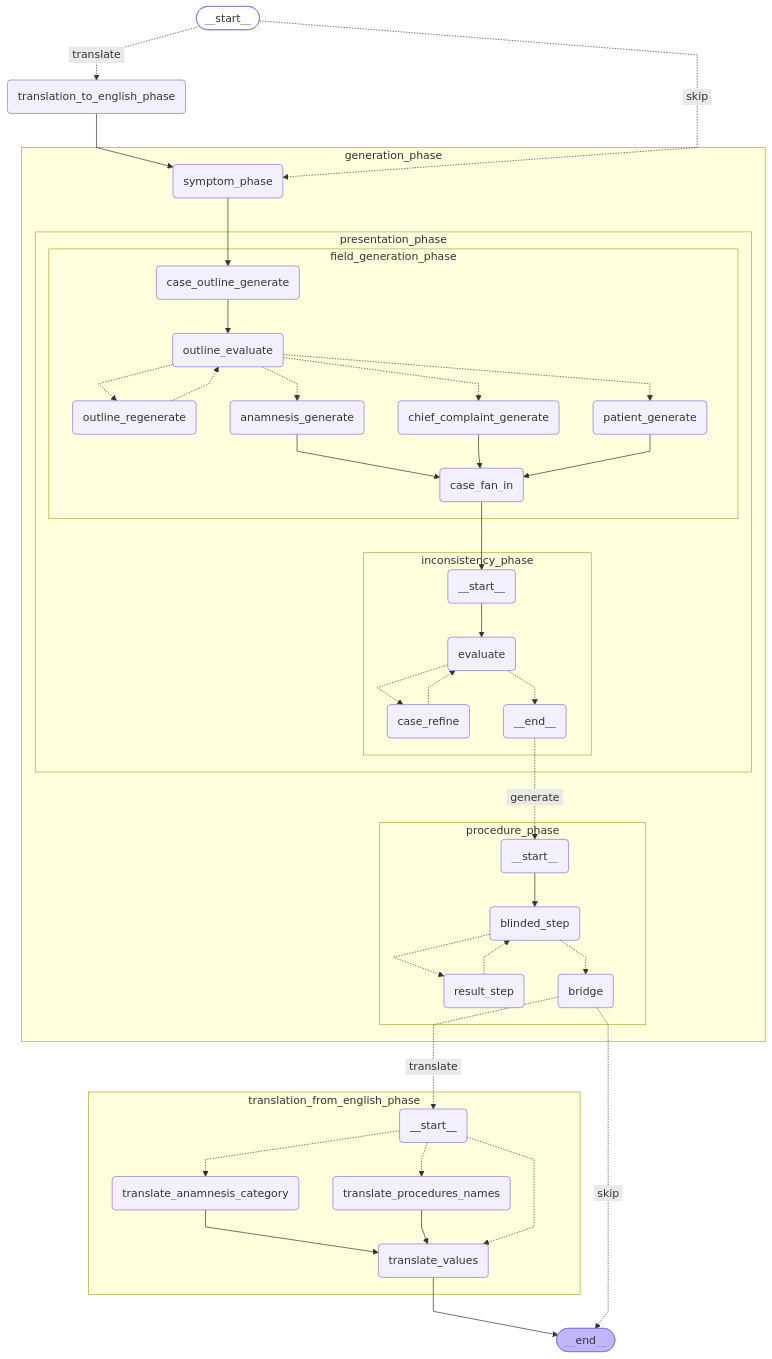
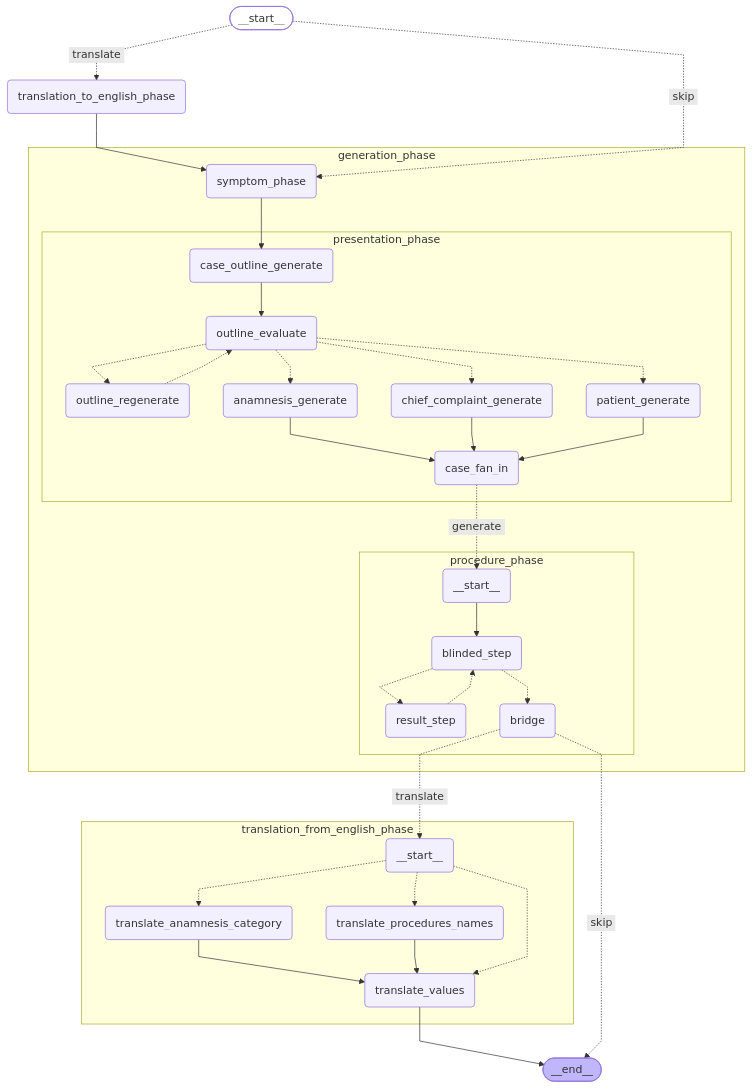
Before and after one commit to janthoXO/AetioMed: the diagram in docs/case-graph.mmd, drawn with Mermaid. The commit also changed 22 other files, not shown here.

```diff
--- a/docs/case-graph.mmd
+++ b/docs/case-graph.mmd
@@ -1,71 +1,58 @@
 %%{init: {'flowchart': {'curve': 'linear'}}}%%
 graph TD;
 	__start__([<p>__start__</p>]):::first
 	translation_to_english_phase(translation_to_english_phase)
 	generation_phase_symptom_phase(symptom_phase)
-	generation_phase_presentation_phase_field_generation_phase_case_outline_generate(case_outline_generate)
-	generation_phase_presentation_phase_field_generation_phase_outline_evaluate(outline_evaluate)
-	generation_phase_presentation_phase_field_generation_phase_outline_regenerate(outline_regenerate)
-	generation_phase_presentation_phase_field_generation_phase_patient_generate(patient_generate)
-	generation_phase_presentation_phase_field_generation_phase_chief_complaint_generate(chief_complaint_generate)
-	generation_phase_presentation_phase_field_generation_phase_anamnesis_generate(anamnesis_generate)
-	generation_phase_presentation_phase_field_generation_phase_case_fan_in(case_fan_in)
-	generation_phase_presentation_phase_inconsistency_phase___start__(<p>__start__</p>)
-	generation_phase_presentation_phase_inconsistency_phase_evaluate(evaluate)
-	generation_phase_presentation_phase_inconsistency_phase_case_refine(case_refine)
-	generation_phase_presentation_phase_inconsistency_phase___end__(<p>__end__</p>)
+	generation_phase_presentation_phase_case_outline_generate(case_outline_generate)
+	generation_phase_presentation_phase_outline_evaluate(outline_evaluate)
+	generation_phase_presentation_phase_outline_regenerate(outline_regenerate)
+	generation_phase_presentation_phase_patient_generate(patient_generate)
+	generation_phase_presentation_phase_chief_complaint_generate(chief_complaint_generate)
+	generation_phase_presentation_phase_anamnesis_generate(anamnesis_generate)
+	generation_phase_presentation_phase_case_fan_in(case_fan_in)
 	generation_phase_procedure_phase___start__(<p>__start__</p>)
 	generation_phase_procedure_phase_blinded_step(blinded_step)
 	generation_phase_procedure_phase_result_step(result_step)
 	generation_phase_procedure_phase_bridge(bridge)
 	translation_from_english_phase___start__(<p>__start__</p>)
 	translation_from_english_phase_translate_anamnesis_category(translate_anamnesis_category)
 	translation_from_english_phase_translate_procedures_names(translate_procedures_names)
 	translation_from_english_phase_translate_values(translate_values)
 	__end__([<p>__end__</p>]):::last
 	translation_from_english_phase_translate_values --> __end__;
 	translation_to_english_phase --> generation_phase_symptom_phase;
 	__start__ -. &nbsp;translate&nbsp; .-> translation_to_english_phase;
 	__start__ -. &nbsp;skip&nbsp; .-> generation_phase_symptom_phase;
 	generation_phase_procedure_phase_bridge -. &nbsp;translate&nbsp; .-> translation_from_english_phase___start__;
 	generation_phase_procedure_phase_bridge -. &nbsp;skip&nbsp; .-> __end__;
 	subgraph generation_phase
 	subgraph presentation_phase
-	subgraph field_generation_phase
-	generation_phase_presentation_phase_field_generation_phase_anamnesis_generate --> generation_phase_presentation_phase_field_generation_phase_case_fan_in;
-	generation_phase_presentation_phase_field_generation_phase_case_outline_generate --> generation_phase_presentation_phase_field_generation_phase_outline_evaluate;
-	generation_phase_presentation_phase_field_generation_phase_chief_complaint_generate --> generation_phase_presentation_phase_field_generation_phase_case_fan_in;
-	generation_phase_presentation_phase_field_generation_phase_patient_generate --> generation_phase_presentation_phase_field_generation_phase_case_fan_in;
-	generation_phase_presentation_phase_field_generation_phase_outline_evaluate -.-> generation_phase_presentation_phase_field_generation_phase_outline_regenerate;
-	generation_phase_presentation_phase_field_generation_phase_outline_evaluate -.-> generation_phase_presentation_phase_field_generation_phase_patient_generate;
-	generation_phase_presentation_phase_field_generation_phase_outline_evaluate -.-> generation_phase_presentation_phase_field_generation_phase_chief_complaint_generate;
-	generation_phase_presentation_phase_field_generation_phase_outline_evaluate -.-> generation_phase_presentation_phase_field_generation_phase_anamnesis_generate;
-	generation_phase_presentation_phase_field_generation_phase_outline_regenerate -.-> generation_phase_presentation_phase_field_generation_phase_outline_evaluate;
-	end
-	subgraph inconsistency_phase
-	generation_phase_presentation_phase_inconsistency_phase___start__ --> generation_phase_presentation_phase_inconsistency_phase_evaluate;
-	generation_phase_presentation_phase_inconsistency_phase_evaluate -.-> generation_phase_presentation_phase_inconsistency_phase_case_refine;
-	generation_phase_presentation_phase_inconsistency_phase_evaluate -.-> generation_phase_presentation_phase_inconsistency_phase___end__;
-	generation_phase_presentation_phase_inconsistency_phase_case_refine -.-> generation_phase_presentation_phase_inconsistency_phase_evaluate;
-	end
-	generation_phase_presentation_phase_field_generation_phase_case_fan_in --> generation_phase_presentation_phase_inconsistency_phase___start__;
+	generation_phase_presentation_phase_anamnesis_generate --> generation_phase_presentation_phase_case_fan_in;
+	generation_phase_presentation_phase_case_outline_generate --> generation_phase_presentation_phase_outline_evaluate;
+	generation_phase_presentation_phase_chief_complaint_generate --> generation_phase_presentation_phase_case_fan_in;
+	generation_phase_presentation_phase_patient_generate --> generation_phase_presentation_phase_case_fan_in;
+	generation_phase_presentation_phase_outline_evaluate -.-> generation_phase_presentation_phase_outline_regenerate;
+	generation_phase_presentation_phase_outline_evaluate -.-> generation_phase_presentation_phase_patient_generate;
+	generation_phase_presentation_phase_outline_evaluate -.-> generation_phase_presentation_phase_chief_complaint_generate;
+	generation_phase_presentation_phase_outline_evaluate -.-> generation_phase_presentation_phase_anamnesis_generate;
+	generation_phase_presentation_phase_outline_regenerate -.-> generation_phase_presentation_phase_outline_evaluate;
 	end
 	subgraph procedure_phase
 	generation_phase_procedure_phase___start__ --> generation_phase_procedure_phase_blinded_step;
 	generation_phase_procedure_phase_blinded_step -.-> generation_phase_procedure_phase_result_step;
 	generation_phase_procedure_phase_blinded_step -.-> generation_phase_procedure_phase_bridge;
 	generation_phase_procedure_phase_result_step -.-> generation_phase_procedure_phase_blinded_step;
 	end
-	generation_phase_symptom_phase --> generation_phase_presentation_phase_field_generation_phase_case_outline_generate;
-	generation_phase_presentation_phase_inconsistency_phase___end__ -. &nbsp;generate&nbsp; .-> generation_phase_procedure_phase___start__;
+	generation_phase_symptom_phase --> generation_phase_presentation_phase_case_outline_generate;
+	generation_phase_presentation_phase_case_fan_in -. &nbsp;generate&nbsp; .-> generation_phase_procedure_phase___start__;
 	end
 	subgraph translation_from_english_phase
 	translation_from_english_phase_translate_anamnesis_category --> translation_from_english_phase_translate_values;
 	translation_from_english_phase_translate_procedures_names --> translation_from_english_phase_translate_values;
 	translation_from_english_phase___start__ -.-> translation_from_english_phase_translate_anamnesis_category;
 	translation_from_english_phase___start__ -.-> translation_from_english_phase_translate_procedures_names;
 	translation_from_english_phase___start__ -.-> translation_from_english_phase_translate_values;
 	end
 	classDef default fill:#f2f0ff,line-height:1.2;
 	classDef first fill-opacity:0;
 	classDef last fill:#bfb6fc;
```
